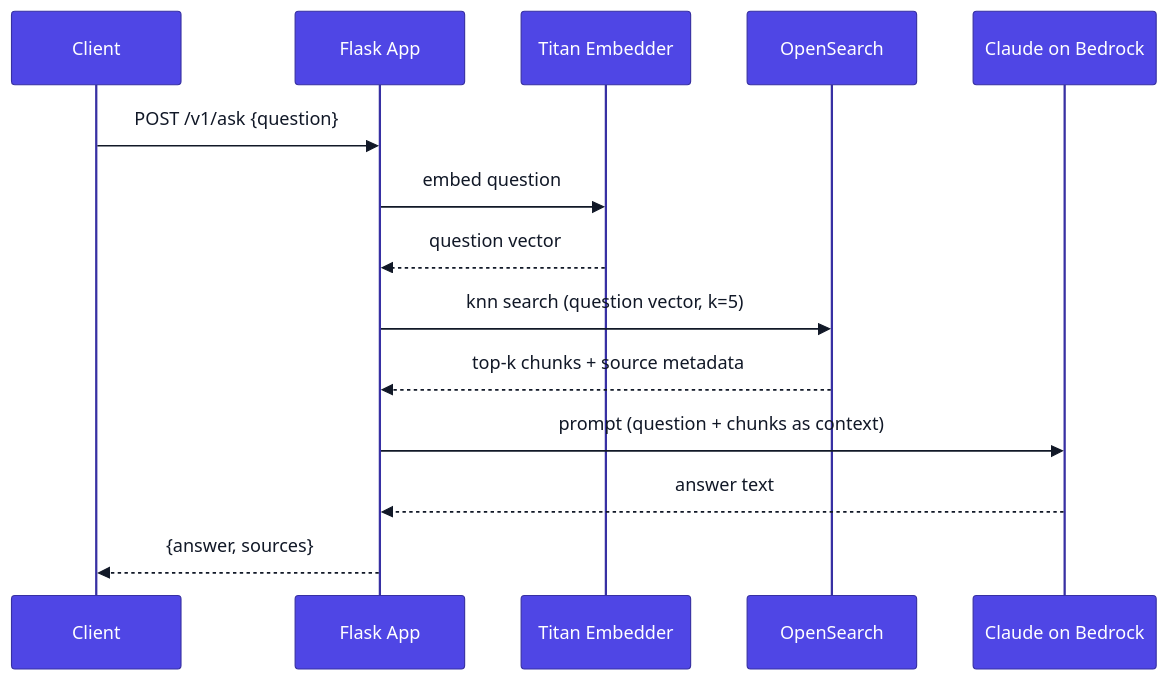
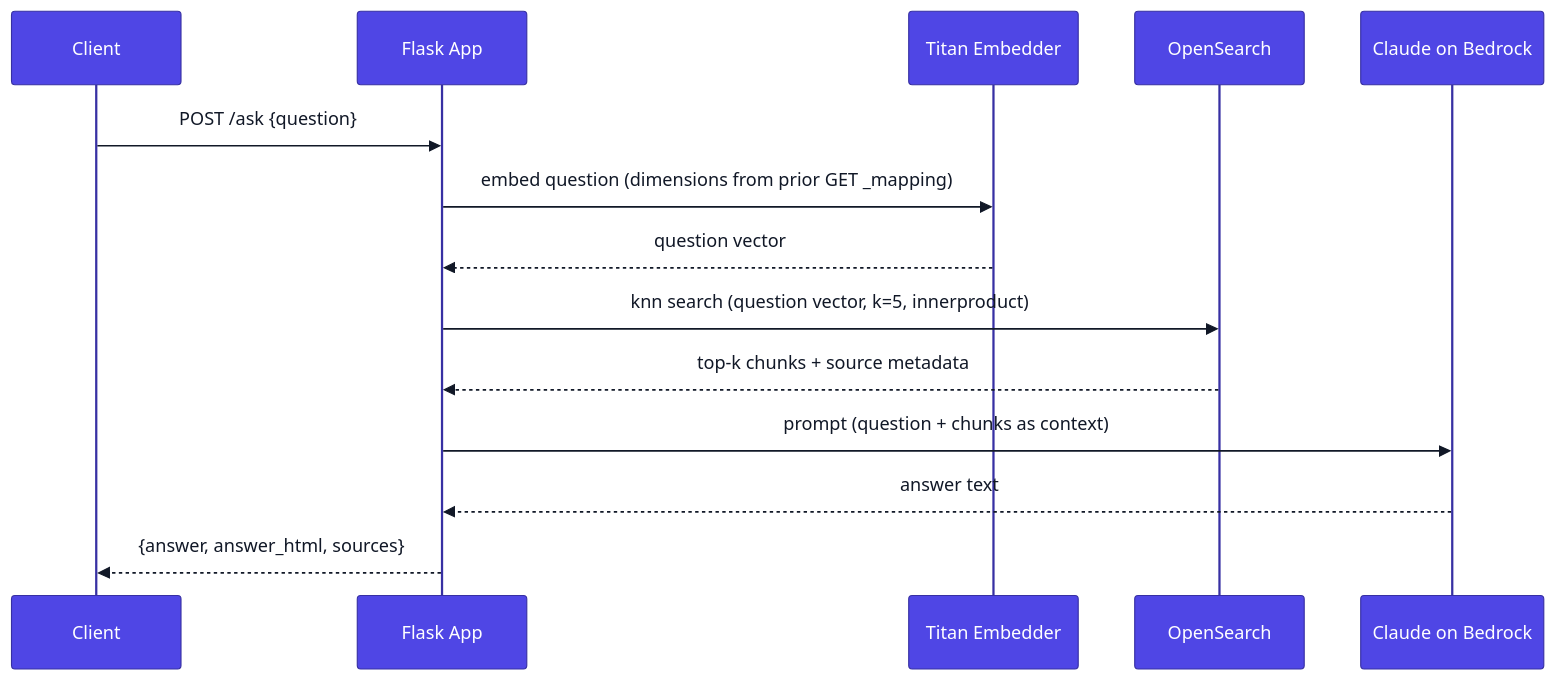
One commit to segalmax/immigration-rag changed the third of 3 diagrams in docs/sequence-diagrams.md. Above: the diagram before and after it, drawn with Mermaid. The commit also changed other lines of this file and 15 other files, not shown here.

First line of the commit message:
feat(rag): POST /ask, embedding_config from OpenSearch _mapping, Ask UI

````diff
--- a/docs/sequence-diagrams.md
+++ b/docs/sequence-diagrams.md
@@ -148,22 +97,22 @@
 ```mermaid
 %%{init: {'theme': 'base', 'themeVariables': {'primaryColor': '#4f46e5', 'primaryTextColor': '#fff', 'primaryBorderColor': '#3730a3', 'secondaryColor': '#0891b2', 'secondaryTextColor': '#fff', 'tertiaryColor': '#059669', 'tertiaryTextColor': '#fff', 'lineColor': '#6b7280', 'textColor': '#111827', 'noteBkgColor': '#fef9c3', 'noteTextColor': '#713f12', 'activationBkgColor': '#e0e7ff', 'activationBorderColor': '#4f46e5', 'loopTextColor': '#4f46e5', 'labelBoxBkgColor': '#f0fdf4', 'labelBoxBorderColor': '#059669', 'labelTextColor': '#065f46'}}}%%
 sequenceDiagram
     participant C as Client
     participant F as Flask App
     participant T as Titan Embedder
     participant OS as OpenSearch
     participant CL as Claude on Bedrock
 
-    C->>F: POST /v1/ask {question}
+    C->>F: POST /ask {question}
 
-    F->>T: embed question
+    F->>T: embed question (dimensions from prior GET _mapping)
     T-->>F: question vector
 
-    F->>OS: knn search (question vector, k=5)
+    F->>OS: knn search (question vector, k=5, innerproduct)
     OS-->>F: top-k chunks + source metadata
 
     F->>CL: prompt (question + chunks as context)
     CL-->>F: answer text
 
-    F-->>C: {answer, sources}
+    F-->>C: {answer, answer_html, sources}
 ```
````
